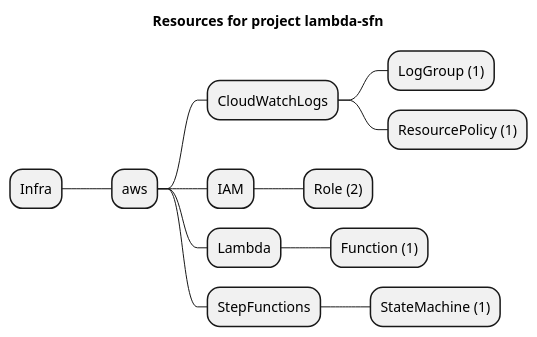
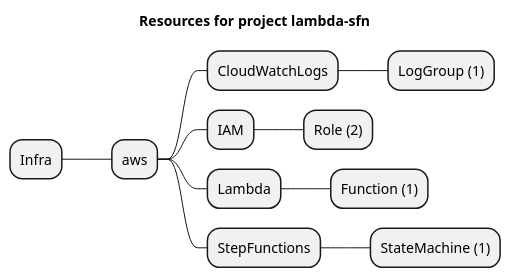
Before and after one commit to grucloud/grucloud: the diagram in examples/aws/StepFunctions/lambda-sfn/artifacts/resources-mindmap.puml, drawn with PlantUML. The commit also changed 19 other files, not shown here.

```diff
--- a/examples/aws/StepFunctions/lambda-sfn/artifacts/resources-mindmap.puml
+++ b/examples/aws/StepFunctions/lambda-sfn/artifacts/resources-mindmap.puml
@@ -1,15 +1,14 @@
 @startmindmap
 title Resources for project lambda-sfn
 skinparam monochrome true
 + Infra
 ++ aws
 +++ CloudWatchLogs
 ++++ LogGroup (1)
-++++ ResourcePolicy (1)
 +++ IAM
 ++++ Role (2)
 +++ Lambda
 ++++ Function (1)
 +++ StepFunctions
 ++++ StateMachine (1)
 @endmindmap
```
